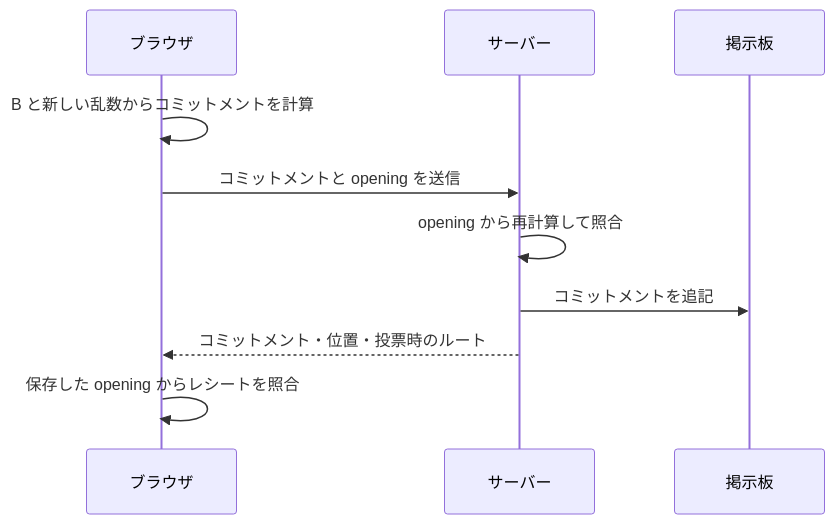
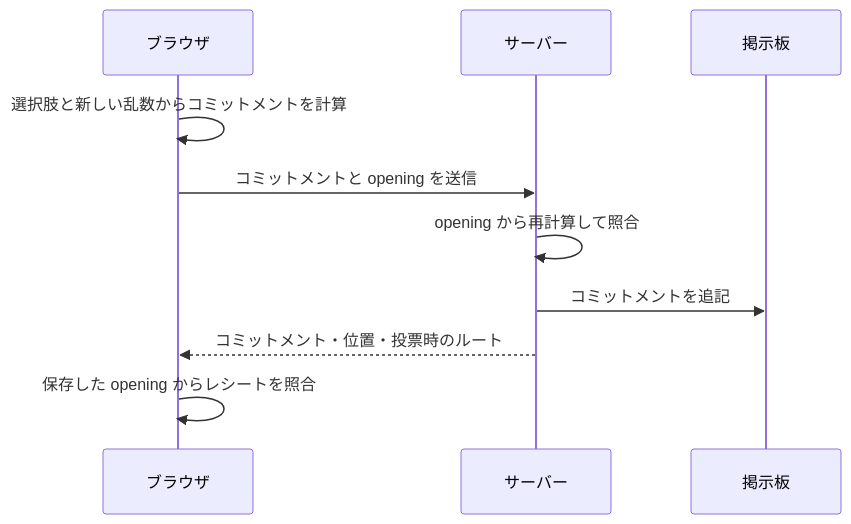
One commit to hwatanabe-jp/stark-ballot-simulator-public changed the diagram in public-book/src/protocol/commitment.md. Above: the diagram before and after it, drawn with Mermaid. The commit also changed other lines of this file and 835 other files, not shown here.

````diff
--- a/public-book/src/protocol/commitment.md
+++ b/public-book/src/protocol/commitment.md
@@ -13,12 +32,12 @@
 ```mermaid
 sequenceDiagram
     participant V as ブラウザ
     participant S as サーバー
     participant B as 掲示板
-    V->>V: B と新しい乱数からコミットメントを計算
+    V->>V: 選択肢と新しい乱数からコミットメントを計算
     V->>S: コミットメントと opening を送信
     S->>S: opening から再計算して照合
     S->>B: コミットメントを追記
     S-->>V: コミットメント・位置・投票時のルート
     V->>V: 保存した opening からレシートを照合
 ```
````
